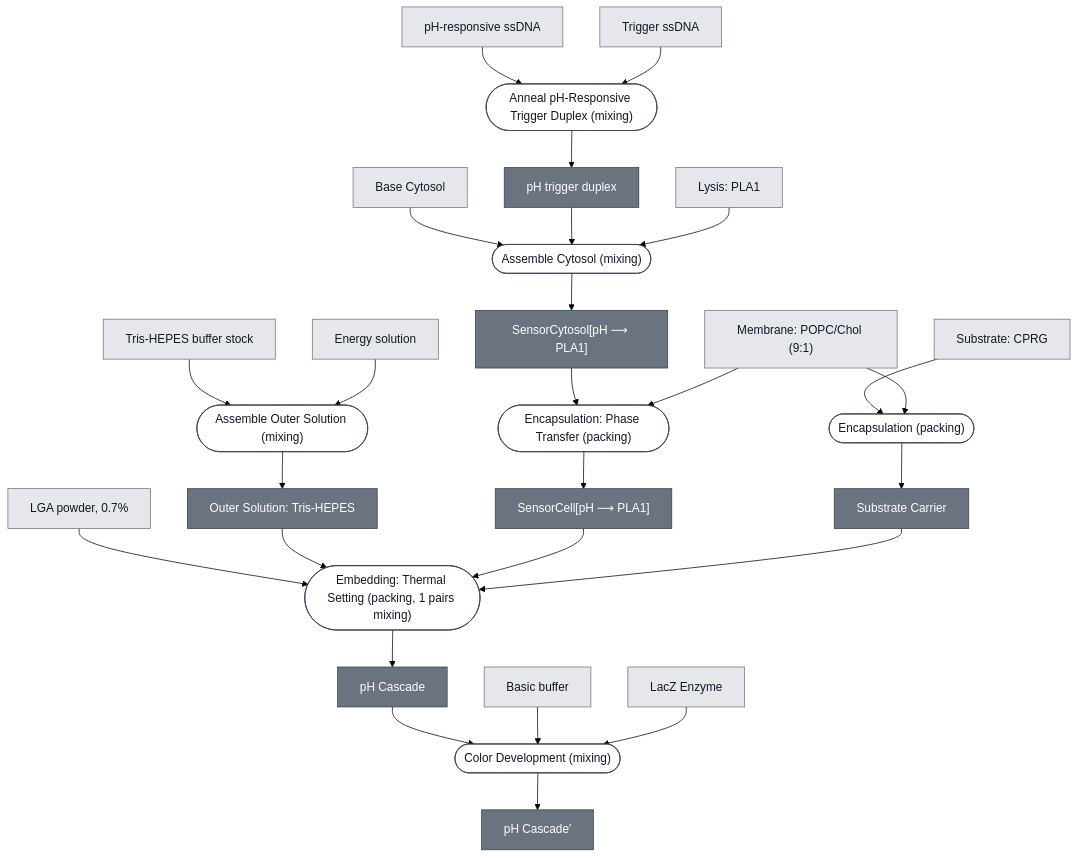
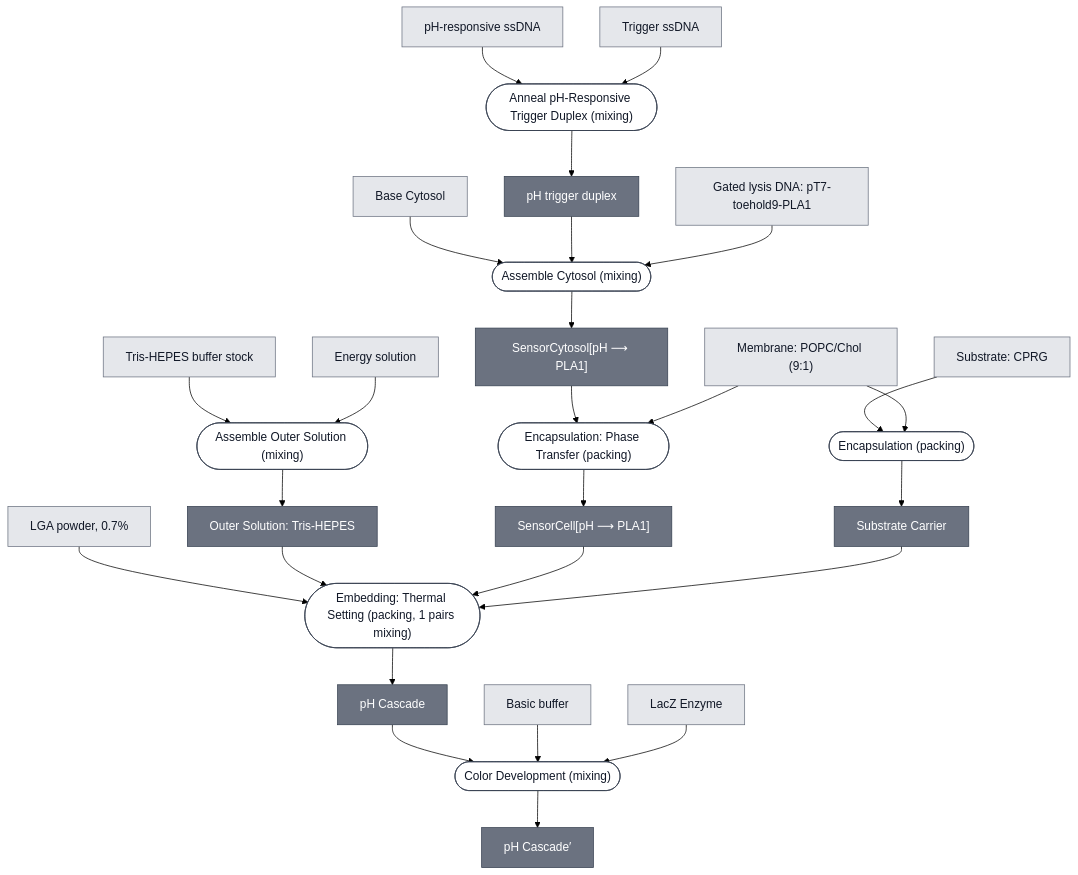
Before and after one commit to nucleus-eng/nucleus-docs: the diagram in docs/modules/ph-cascade/spec.md, drawn with Mermaid (forest theme). The commit also changed 22 other files, not shown here.

```diff
--- a/docs/modules/ph-cascade/spec.md
+++ b/docs/modules/ph-cascade/spec.md
@@ -37,7 +37,7 @@
     BASE_CYTOSOL["Base Cytosol"]
     PH_RESPONSIVE_SSDNA["pH-responsive ssDNA"]
     TRIGGER_SSDNA["Trigger ssDNA"]
-    EFFECTOR_PLA1["Lysis: PLA1"]
+    EFFECTOR_PLA1_TOEHOLD["Gated lysis DNA: pT7-toehold9-PLA1"]
     MEMBRANE_CHICAGO["Membrane: POPC/Chol (9:1)"]
     SUBSTRATE_CPRG["Substrate: CPRG"]
     BASIC_BUFFER["Basic buffer"]
@@ -71,7 +71,7 @@
 
     BASE_CYTOSOL --> P3_ASSEMBLE_CYTOSOL_0
     PH_TRIGGER_DUPLEX --> P3_ASSEMBLE_CYTOSOL_0
-    EFFECTOR_PLA1 --> P3_ASSEMBLE_CYTOSOL_0
+    EFFECTOR_PLA1_TOEHOLD --> P3_ASSEMBLE_CYTOSOL_0
     P3_ASSEMBLE_CYTOSOL_0 --> PH_SENSOR_CYTOSOL
 
     PH_SENSOR_CYTOSOL --> P4_ENCAPSULATE_0
@@ -97,12 +97,11 @@
     classDef leaf     fill:#e5e7eb,stroke:#6b7280,color:#111827;
     classDef composed fill:#6b7280,stroke:#374151,color:#ffffff;
     classDef process  fill:#ffffff,stroke:#374151,color:#111827;
-    class BASE_CYTOSOL,PH_RESPONSIVE_SSDNA,TRIGGER_SSDNA,EFFECTOR_PLA1,MEMBRANE_CHICAGO,SUBSTRATE_CPRG,BASIC_BUFFER,REPORTER_LACZ_ENZYME,LGA_POWDER,TRIS_HEPES_STOCK,ENERGY_SOLUTION leaf;
+    class BASE_CYTOSOL,PH_RESPONSIVE_SSDNA,TRIGGER_SSDNA,EFFECTOR_PLA1_TOEHOLD,MEMBRANE_CHICAGO,SUBSTRATE_CPRG,BASIC_BUFFER,REPORTER_LACZ_ENZYME,LGA_POWDER,TRIS_HEPES_STOCK,ENERGY_SOLUTION leaf;
     class OUTER_SOLUTION_TRIS_HEPES,PH_TRIGGER_DUPLEX,PH_SENSOR_CYTOSOL,PH_SENSING_CELL,SUBSTRATE_CARRIER,PH_CASCADE,PH_CASCADE_DEVELOPED composed;
     class P1_ASSEMBLE_OUTER_SOLUTION_0,P2_ANNEAL_TRIGGER_DUPLEX_0,P3_ASSEMBLE_CYTOSOL_0,P4_ENCAPSULATE_0,P5_ENCAPSULATE_SUBSTRATE_0,P6_EMBED_AGAROSE_0,P7_DEVELOP_0 process;
 
     click BASE_CYTOSOL "/docs/modules/base-cytosol/spec"
-    click EFFECTOR_PLA1 "/docs/modules/effector-pla1/spec"
     click MEMBRANE_CHICAGO "/docs/modules/membrane-popc-chol-9-1/spec"
     click SUBSTRATE_CPRG "/docs/modules/substrate-cprg/spec"
     click REPORTER_LACZ_ENZYME "/docs/modules/reporter-lacz-enzyme/spec"
```
